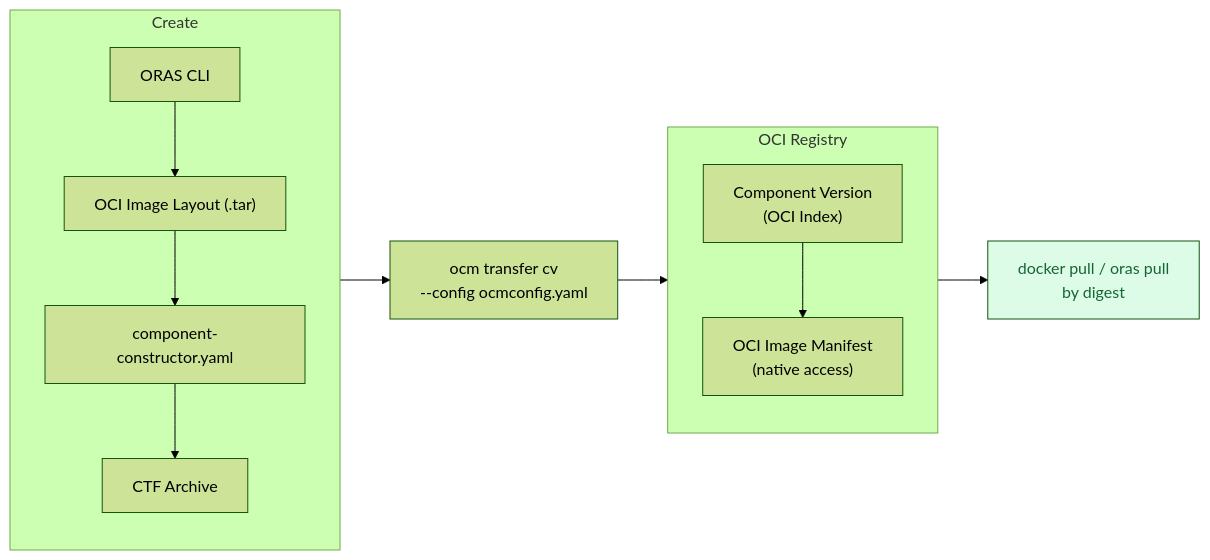
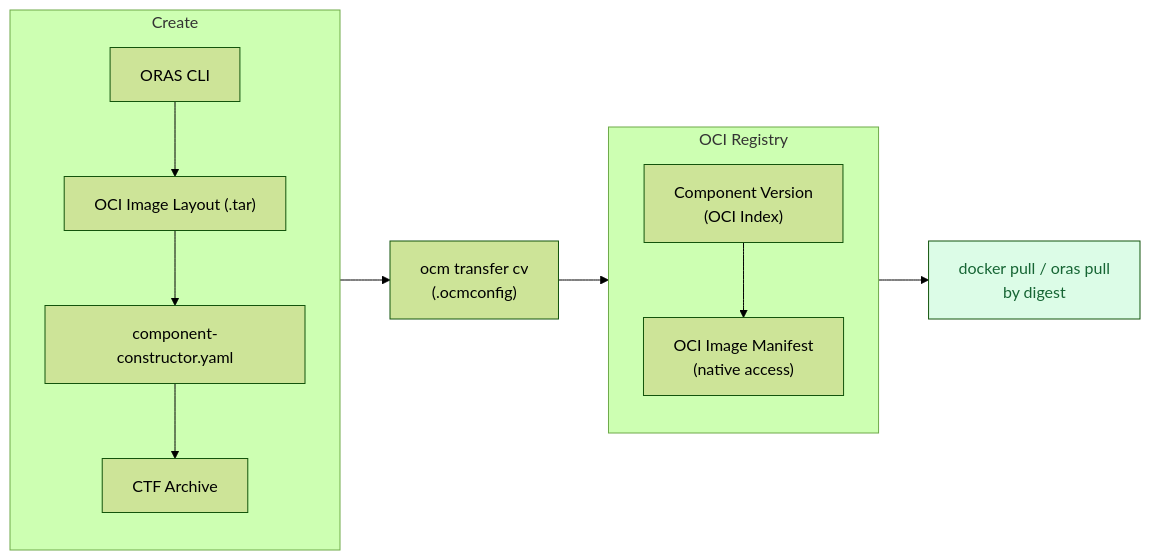
The first of 2 diagrams in website/content/docs/tutorials/working-with-oci/_index.md (open-component-model/open-component-model), drawn with Mermaid (forest theme) before and after one commit. The commit also changed other lines of this file and 13 other files, not shown here.

````diff
--- a/website/content/docs/tutorials/working-with-oci/_index.md
+++ b/website/content/docs/tutorials/working-with-oci/_index.md
@@ -28,24 +28,24 @@
 ```mermaid
 flowchart LR
     subgraph create ["Create"]
         direction TB
         ORAS["ORAS CLI"] --> Layout["OCI Image Layout (.tar)"]
         Layout --> Constructor["component-constructor.yaml"]
         Constructor --> CTF["CTF Archive"]
     end
 
-    CTF --> Transfer["ocm transfer cv<br/>--config ocmconfig.yaml"]
+    CTF --> Transfer["ocm transfer cv<br/>(.ocmconfig)"]
 
     subgraph registry ["OCI Registry"]
         direction TB
         Index["Component Version<br/>(OCI Index)"]
         Manifest["OCI Image Manifest<br/>(native access)"]
         Index --> Manifest
     end
 
     Transfer --> Index
 
     Manifest --> Pull["docker pull / oras pull<br/>by digest"]
 
     style Pull fill:#dcfce7,color:#166534
 ```
````
